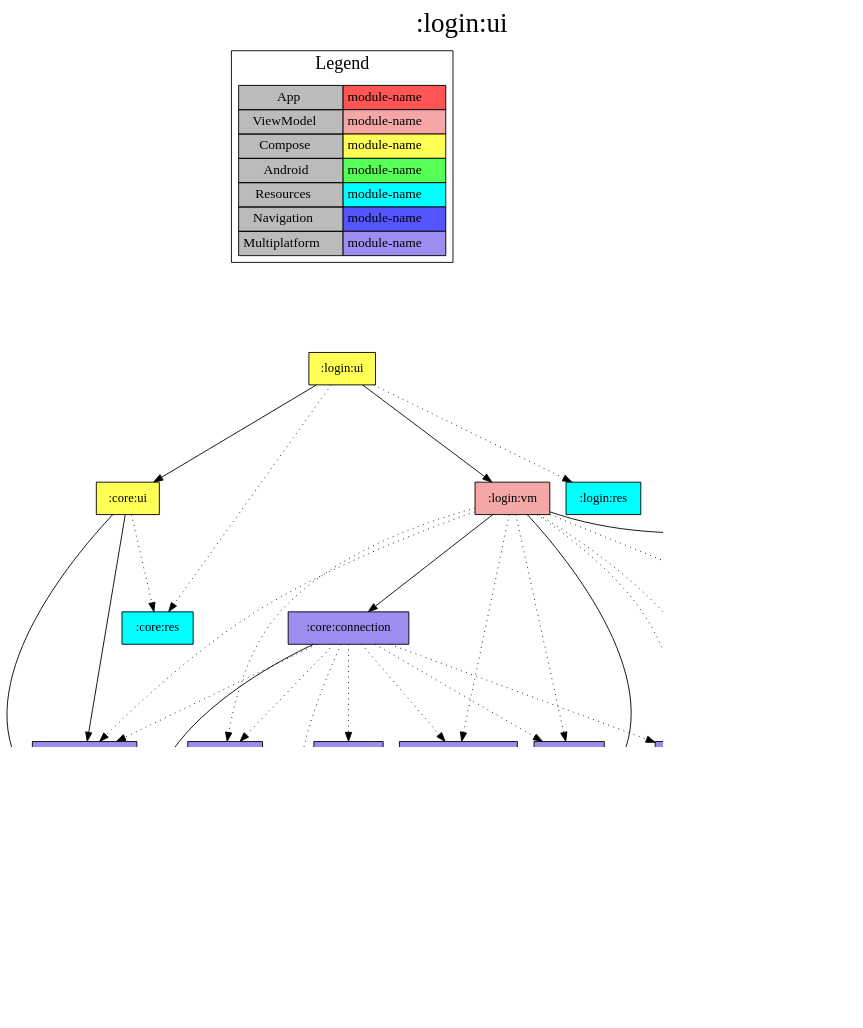
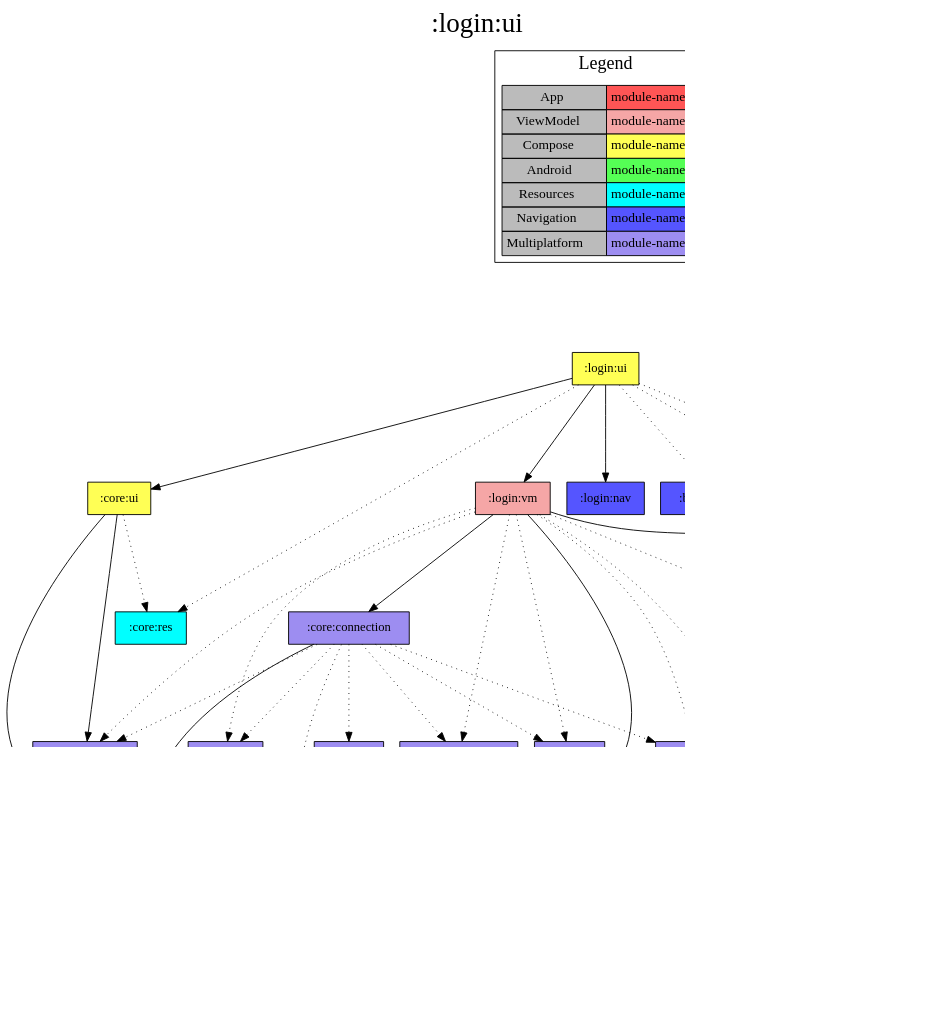
The diagram in modules/login/ui/project-dependency-graph.dot (jonapoul/aktual), drawn with Graphviz before and after one commit. The commit also changed 55 other files, not shown here.

```diff
--- a/modules/login/ui/project-dependency-graph.dot
+++ b/modules/login/ui/project-dependency-graph.dot
@@ -1,72 +1,78 @@
 digraph {
 edge ["dir"="forward"]
 graph ["dpi"="100","label"=":login:ui","labelloc"="t","fontsize"="30","ranksep"="1.5","rankdir"="TB"]
 node ["style"="filled"]
 ":login:ui" ["fillcolor"="#FFFF55","shape"="box"]
 ":core:ui" ["fillcolor"="#FFFF55","shape"="box"]
 ":core:versions" ["fillcolor"="#9D8DF1","shape"="box"]
 ":core:buildconfig" ["fillcolor"="#9D8DF1","shape"="box"]
 ":url:model" ["fillcolor"="#9D8DF1","shape"="box"]
 ":core:res" ["fillcolor"="#00FFFF","shape"="box"]
+":login:nav" ["fillcolor"="#5555FF","shape"="box"]
 ":login:vm" ["fillcolor"="#F5A6A6","shape"="box"]
 ":core:connection" ["fillcolor"="#9D8DF1","shape"="box"]
 ":api:client" ["fillcolor"="#9D8DF1","shape"="box"]
 ":api:model" ["fillcolor"="#9D8DF1","shape"="box"]
 ":login:model" ["fillcolor"="#9D8DF1","shape"="box"]
 ":api:json" ["fillcolor"="#9D8DF1","shape"="box"]
 ":core:coroutines" ["fillcolor"="#9D8DF1","shape"="box"]
 ":core:log" ["fillcolor"="#9D8DF1","shape"="box"]
 ":url:prefs" ["fillcolor"="#9D8DF1","shape"="box"]
 ":login:prefs" ["fillcolor"="#9D8DF1","shape"="box"]
+":budget:list:nav" ["fillcolor"="#5555FF","shape"="box"]
 ":login:res" ["fillcolor"="#00FFFF","shape"="box"]
+":url:nav" ["fillcolor"="#5555FF","shape"="box"]
 {
 edge ["dir"="none"]
 graph ["rank"="same"]
 }
 ":login:ui" -> ":core:ui"
+":login:ui" -> ":login:nav"
 ":login:ui" -> ":login:vm"
+":login:ui" -> ":budget:list:nav" ["style"="dotted"]
 ":login:ui" -> ":core:res" ["style"="dotted"]
 ":login:ui" -> ":login:res" ["style"="dotted"]
+":login:ui" -> ":url:nav" ["style"="dotted"]
 ":core:ui" -> ":core:versions"
 ":core:ui" -> ":url:model"
 ":core:ui" -> ":core:res" ["style"="dotted"]
 ":core:versions" -> ":core:buildconfig"
 ":login:vm" -> ":core:connection"
 ":login:vm" -> ":login:model"
 ":login:vm" -> ":url:model"
 ":login:vm" -> ":api:client" ["style"="dotted"]
 ":login:vm" -> ":api:model" ["style"="dotted"]
 ":login:vm" -> ":core:coroutines" ["style"="dotted"]
 ":login:vm" -> ":core:log" ["style"="dotted"]
 ":login:vm" -> ":core:versions" ["style"="dotted"]
 ":login:vm" -> ":login:prefs" ["style"="dotted"]
 ":login:vm" -> ":url:prefs" ["style"="dotted"]
 ":core:connection" -> ":core:buildconfig"
 ":core:connection" -> ":api:client" ["style"="dotted"]
 ":core:connection" -> ":api:json" ["style"="dotted"]
 ":core:connection" -> ":core:coroutines" ["style"="dotted"]
 ":core:connection" -> ":core:log" ["style"="dotted"]
 ":core:connection" -> ":core:versions" ["style"="dotted"]
 ":core:connection" -> ":url:model" ["style"="dotted"]
 ":core:connection" -> ":url:prefs" ["style"="dotted"]
 ":api:client" -> ":api:model"
 ":api:client" -> ":url:model"
 ":api:model" -> ":login:model"
 ":url:prefs" -> ":url:model"
 ":login:prefs" -> ":login:model"
 subgraph "cluster_legend" {
 edge ["dir"="none"]
 graph ["label"="Legend","fontsize"="20"]
 "Legend" ["style"="filled","fillcolor"="#bbbbbb","shape"="none","margin"="0","fontsize"="15","label"=<
 <TABLE BORDER="0" CELLBORDER="1" CELLSPACING="0" CELLPADDING="4">
 <TR><TD>App</TD><TD BGCOLOR="#FF5555">module-name</TD></TR>
 <TR><TD>ViewModel</TD><TD BGCOLOR="#F5A6A6">module-name</TD></TR>
 <TR><TD>Compose</TD><TD BGCOLOR="#FFFF55">module-name</TD></TR>
 <TR><TD>Android</TD><TD BGCOLOR="#55FF55">module-name</TD></TR>
 <TR><TD>Resources</TD><TD BGCOLOR="#00FFFF">module-name</TD></TR>
 <TR><TD>Navigation</TD><TD BGCOLOR="#5555FF">module-name</TD></TR>
 <TR><TD>Multiplatform</TD><TD BGCOLOR="#9D8DF1">module-name</TD></TR>
 </TABLE>
 >]
 } -> ":login:ui" ["style"="invis"]
 }
```
